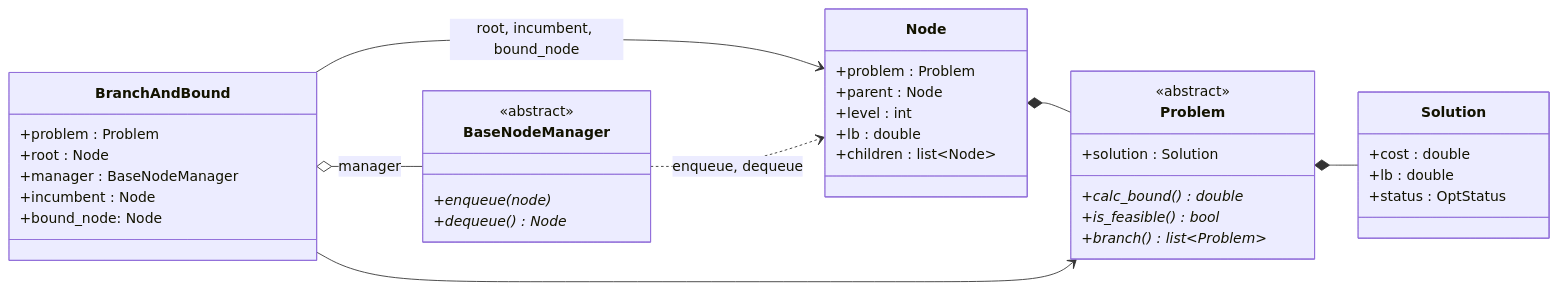
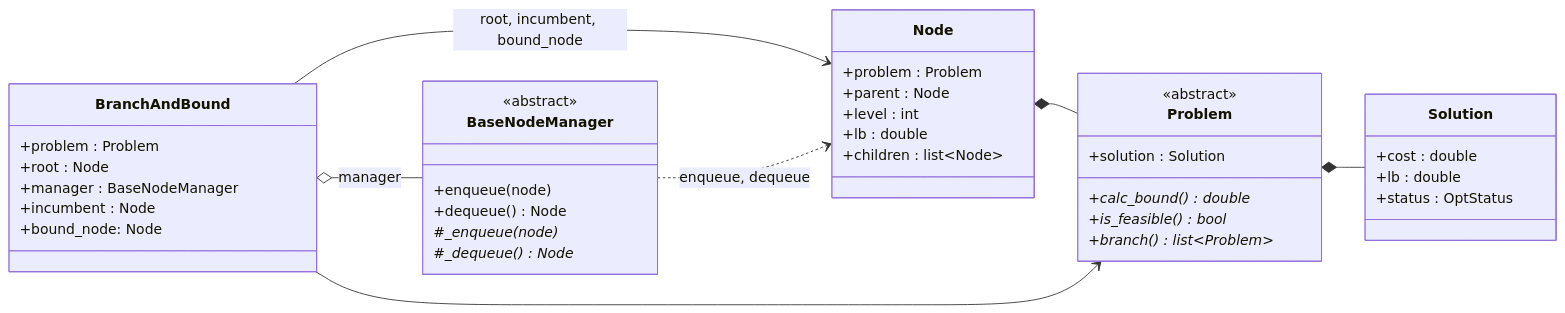
One commit to bruscalia/bnbpy changed the first of 3 diagrams in docs/source/class_diagram.md. Above: the diagram before and after it, drawn with Mermaid. The commit also changed other lines of this file and 10 other files, not shown here.

````diff
--- a/docs/source/class_diagram.md
+++ b/docs/source/class_diagram.md
@@ -14,50 +14,52 @@
 ```{mermaid}
 classDiagram
 
     direction LR
 
     class Solution {
         +cost : double
         +lb : double
         +status : OptStatus
     }
 
     class Problem {
         <<abstract>>
         +solution : Solution
         +calc_bound()* double
         +is_feasible()* bool
         +branch()* list~Problem~
     }
 
     class Node {
         +problem : Problem
         +parent : Node
         +level : int
         +lb : double
         +children : list~Node~
     }
 
     class BaseNodeManager {
         <<abstract>>
-        +enqueue(node)*
-        +dequeue()* Node
+        +enqueue(node)
+        +dequeue() Node
+        #_enqueue(node)*
+        #_dequeue()* Node
     }
 
     class BranchAndBound {
         +problem : Problem
         +root : Node
         +manager : BaseNodeManager
         +incumbent : Node
         +bound_node: Node
     }
 
     Problem *-- Solution
     Node *-- Problem
 
     BranchAndBound --> Problem
     BranchAndBound --> Node : root, incumbent, bound_node
     BranchAndBound o-- BaseNodeManager : manager
 
     BaseNodeManager ..> Node : enqueue, dequeue
 ```
````
